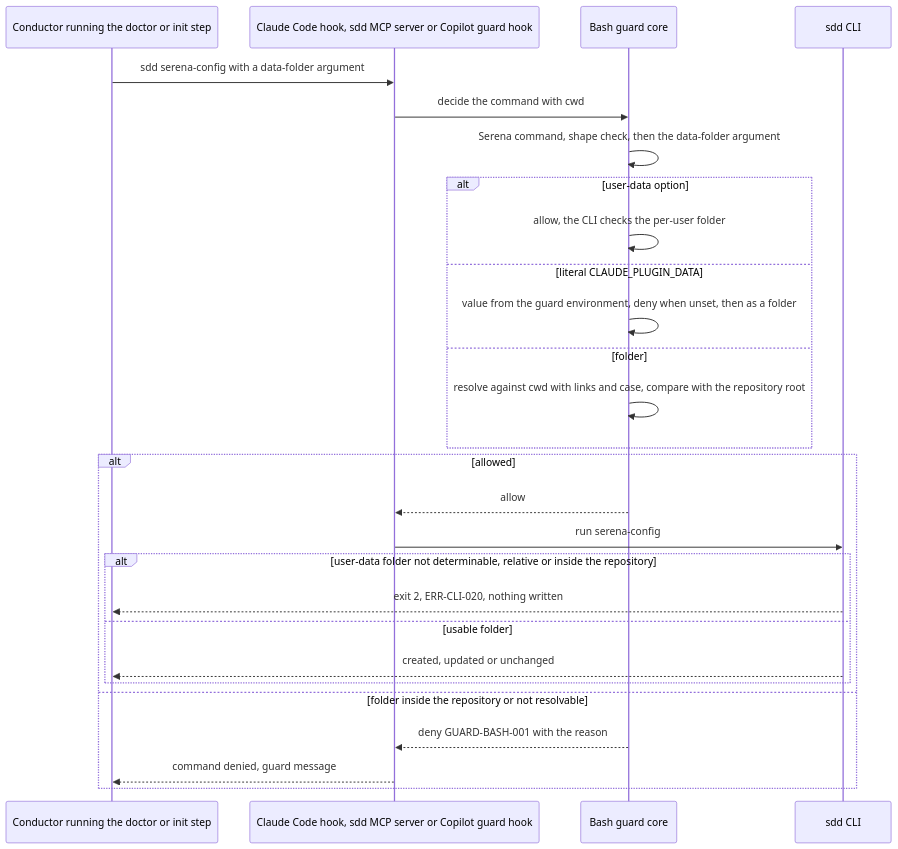
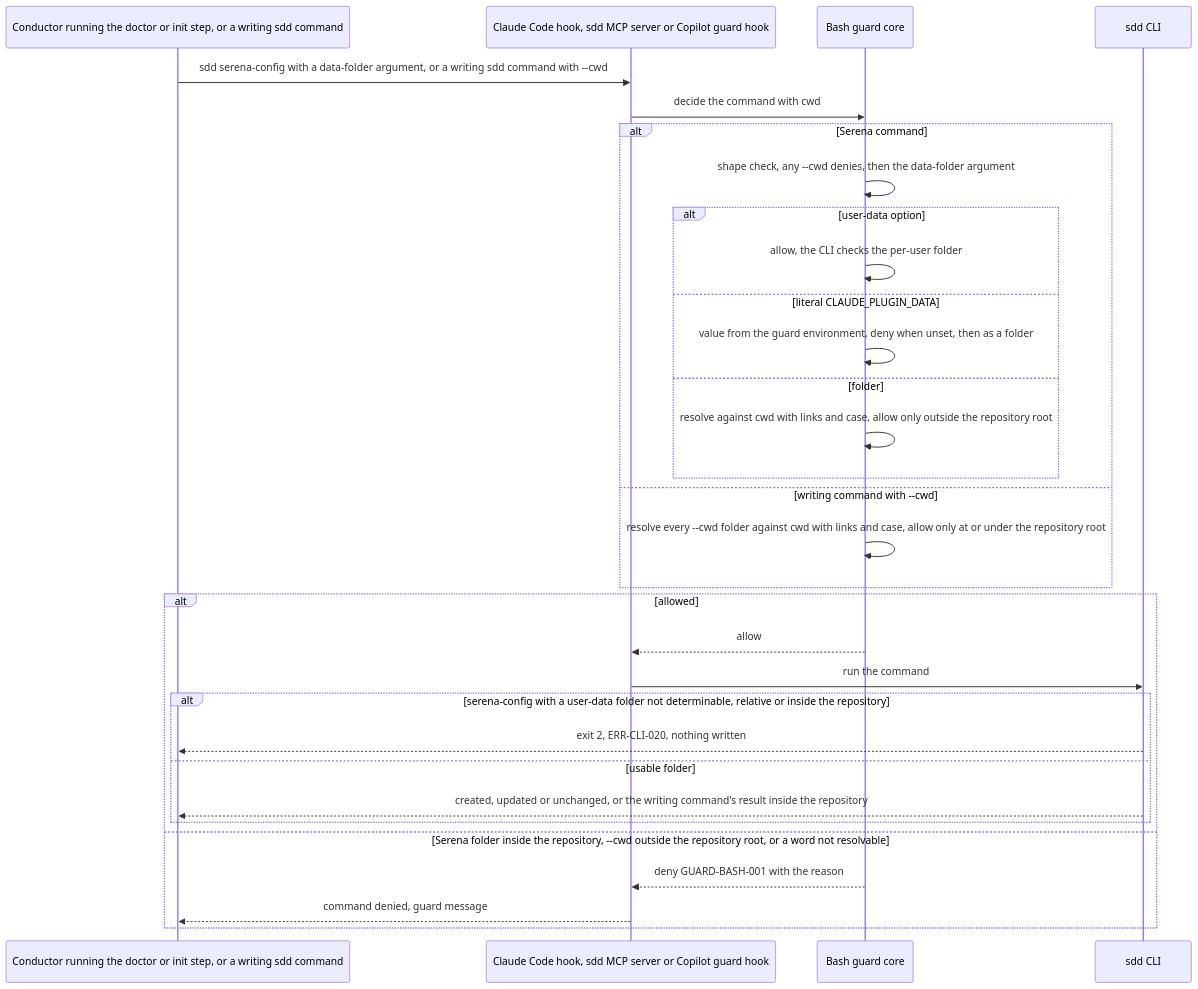
One commit to jlacube/spec-architect changed diagram 13 of 14 in .sdd/002-multi-platform-targets/10-spec/60-architecture/architecture.md. Above: the diagram before and after it, drawn with Mermaid. The commit also changed other lines of this file and 13 other files, not shown here.

Commit message:
CHG-002: Spec critic fixes round 2 (architect) — IF-008 --cwd rule, IF-009 per-target replay sources, ERR-REL-013, minors

````diff
--- a/.sdd/002-multi-platform-targets/10-spec/60-architecture/architecture.md
+++ b/.sdd/002-multi-platform-targets/10-spec/60-architecture/architecture.md
@@ -736,30 +748,34 @@
 ```mermaid
 sequenceDiagram
-  %% F12 Serena command confinement on every host. Realizes C002-TS-525 C002-TS-527 C002-TS-528
-  participant C002_COMP_014 as Conductor running the doctor or init step
+  %% F12 Serena command and --cwd confinement on every host. Realizes C002-TS-525 C002-TS-527 C002-TS-528 C002-TS-536 C002-TS-537
+  participant C002_COMP_014 as Conductor running the doctor or init step, or a writing sdd command
   participant HOST as Claude Code hook, sdd MCP server or Copilot guard hook
   participant C002_COMP_012 as Bash guard core
   participant C002_COMP_018 as sdd CLI
-  C002_COMP_014->>HOST: sdd serena-config with a data-folder argument
+  C002_COMP_014->>HOST: sdd serena-config with a data-folder argument, or a writing sdd command with --cwd
   HOST->>C002_COMP_012: decide the command with cwd
-  C002_COMP_012->>C002_COMP_012: Serena command, shape check, then the data-folder argument
-  alt user-data option
-    C002_COMP_012->>C002_COMP_012: allow, the CLI checks the per-user folder
-  else literal CLAUDE_PLUGIN_DATA
-    C002_COMP_012->>C002_COMP_012: value from the guard environment, deny when unset, then as a folder
-  else folder
-    C002_COMP_012->>C002_COMP_012: resolve against cwd with links and case, compare with the repository root
+  alt Serena command
+    C002_COMP_012->>C002_COMP_012: shape check, any --cwd denies, then the data-folder argument
+    alt user-data option
+      C002_COMP_012->>C002_COMP_012: allow, the CLI checks the per-user folder
+    else literal CLAUDE_PLUGIN_DATA
+      C002_COMP_012->>C002_COMP_012: value from the guard environment, deny when unset, then as a folder
+    else folder
+      C002_COMP_012->>C002_COMP_012: resolve against cwd with links and case, allow only outside the repository root
+    end
+  else writing command with --cwd
+    C002_COMP_012->>C002_COMP_012: resolve every --cwd folder against cwd with links and case, allow only at or under the repository root
   end
   alt allowed
     C002_COMP_012-->>HOST: allow
-    HOST->>C002_COMP_018: run serena-config
-    alt user-data folder not determinable, relative or inside the repository
+    HOST->>C002_COMP_018: run the command
+    alt serena-config with a user-data folder not determinable, relative or inside the repository
       C002_COMP_018-->>C002_COMP_014: exit 2, ERR-CLI-020, nothing written
     else usable folder
-      C002_COMP_018-->>C002_COMP_014: created, updated or unchanged
+      C002_COMP_018-->>C002_COMP_014: created, updated or unchanged, or the writing command's result inside the repository
     end
-  else folder inside the repository or not resolvable
+  else Serena folder inside the repository, --cwd outside the repository root, or a word not resolvable
     C002_COMP_012-->>HOST: deny GUARD-BASH-001 with the reason
     HOST-->>C002_COMP_014: command denied, guard message
   end
 ```
````
